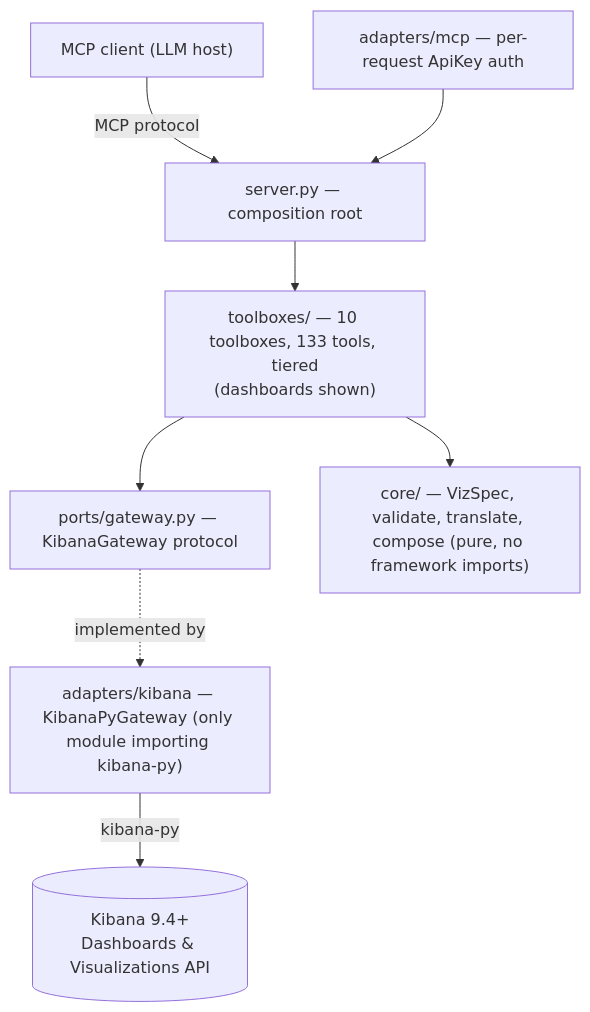
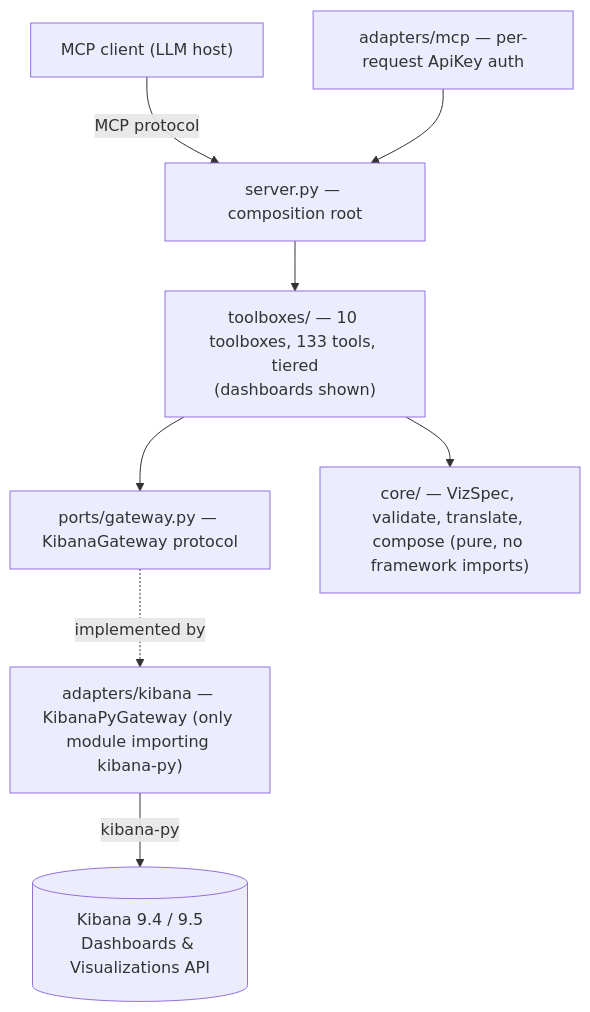
Before and after one commit to pedro-angel/mcp-for-kibana: the second of 4 diagrams in docs/architecture.md, drawn with Mermaid. The commit also changed other lines of this file and 21 other files, not shown here.

````diff
--- a/docs/architecture.md
+++ b/docs/architecture.md
@@ -47,10 +47,10 @@
 ```mermaid
 flowchart TD
     Client["MCP client (LLM host)"] -->|MCP protocol| Server
     AuthAdapter["adapters/mcp — per-request ApiKey auth"] --> Server
     Server["server.py — composition root"] --> Toolboxes["toolboxes/ — 10 toolboxes, 133 tools, tiered<br/>(dashboards shown)"]
     Toolboxes --> Ports["ports/gateway.py — KibanaGateway protocol"]
     Toolboxes --> Core["core/ — VizSpec, validate, translate, compose (pure, no framework imports)"]
     Ports -. implemented by .-> KibanaAdapter["adapters/kibana — KibanaPyGateway (only module importing kibana-py)"]
-    KibanaAdapter -->|kibana-py| Kibana[("Kibana 9.4+\nDashboards & Visualizations API")]
+    KibanaAdapter -->|kibana-py| Kibana[("Kibana 9.4 / 9.5\nDashboards & Visualizations API")]
 ```
````
